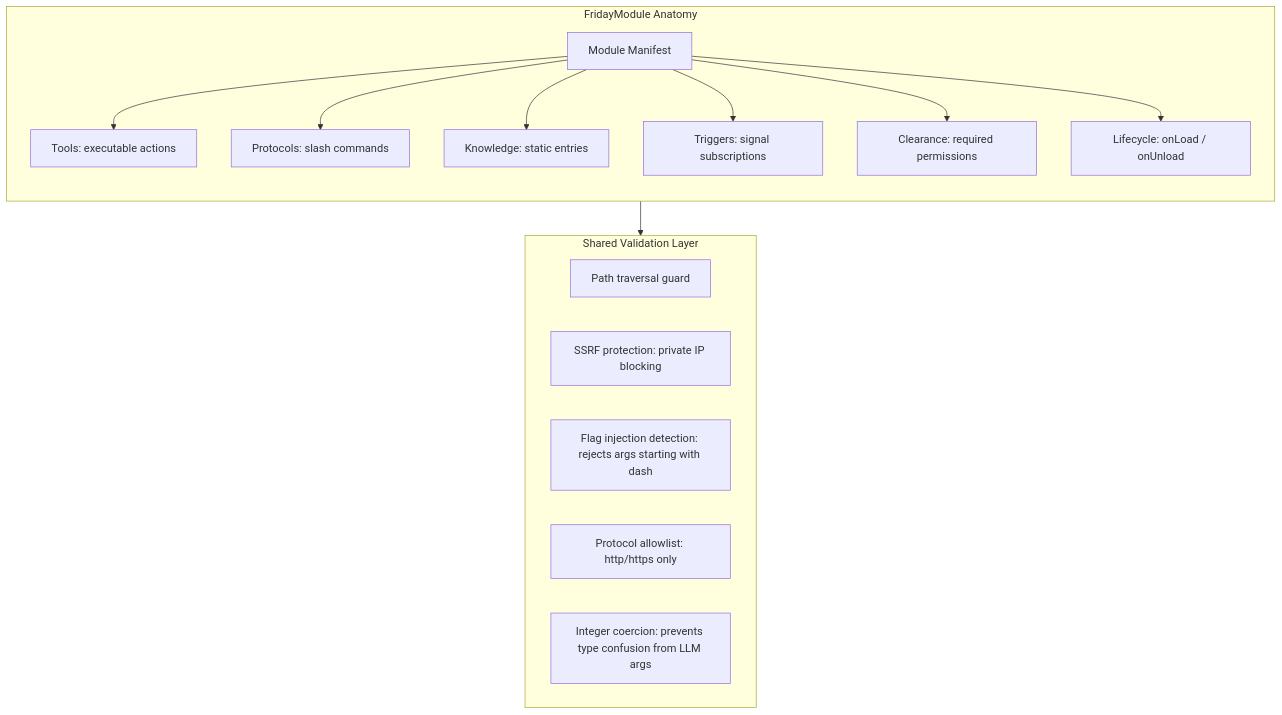
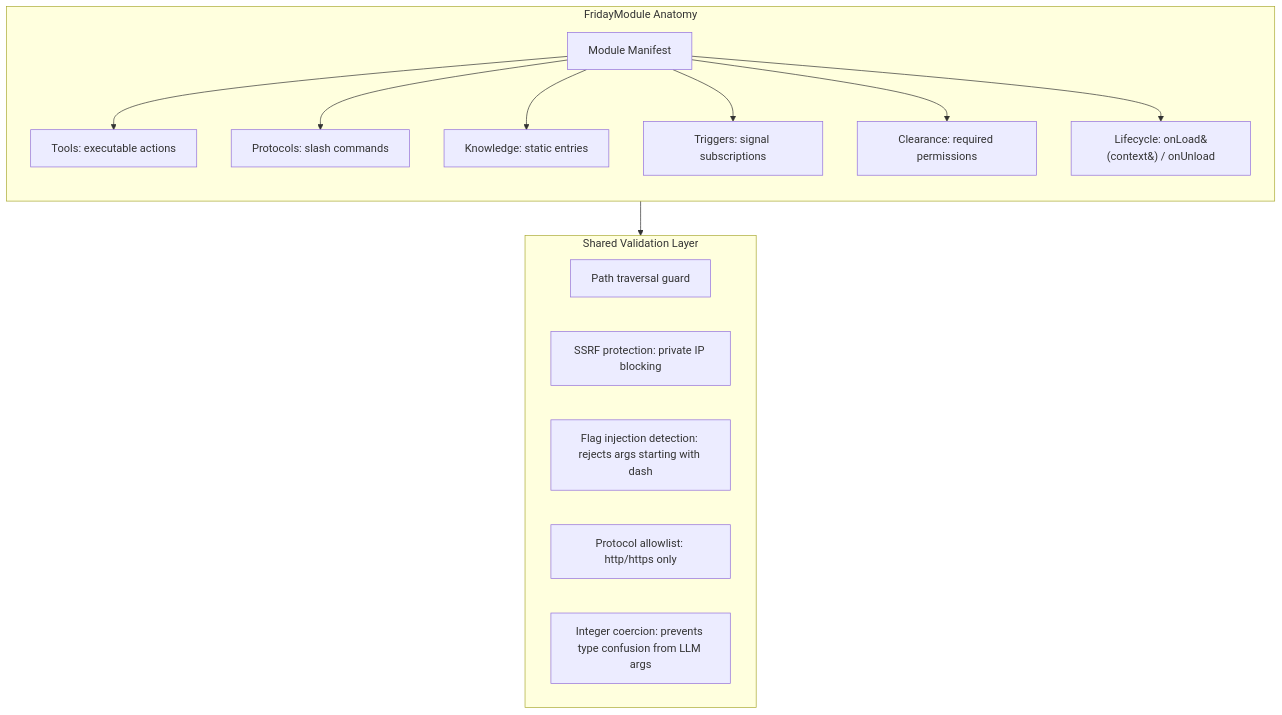
One commit to byronmcclain/friday changed the sixth of 20 diagrams in README.md. Above: the diagram before and after it, drawn with Mermaid. The commit also changed other lines of this file and 1 other file, not shown here.

Commit message:
docs: document ModuleContext in CLAUDE.md and README.md

````diff
--- a/README.md
+++ b/README.md
@@ -232,22 +232,22 @@
 ```mermaid
 flowchart TB
     subgraph Module ["FridayModule Anatomy"]
         direction TB
         M[Module Manifest] --> TOOLS[Tools: executable actions]
         M --> PROTO[Protocols: slash commands]
         M --> KNOW[Knowledge: static entries]
         M --> TRIG[Triggers: signal subscriptions]
         M --> CLEAR[Clearance: required permissions]
-        M --> LC[Lifecycle: onLoad / onUnload]
+        M --> LC[Lifecycle: onLoad&#40;context&#41; / onUnload]
     end
 
     subgraph Validation ["Shared Validation Layer"]
         V1[Path traversal guard]
         V2[SSRF protection: private IP blocking]
         V3[Flag injection detection: rejects args starting with dash]
         V4[Protocol allowlist: http/https only]
         V5[Integer coercion: prevents type confusion from LLM args]
     end
 
     TOOLS --> Validation
 ```
````
